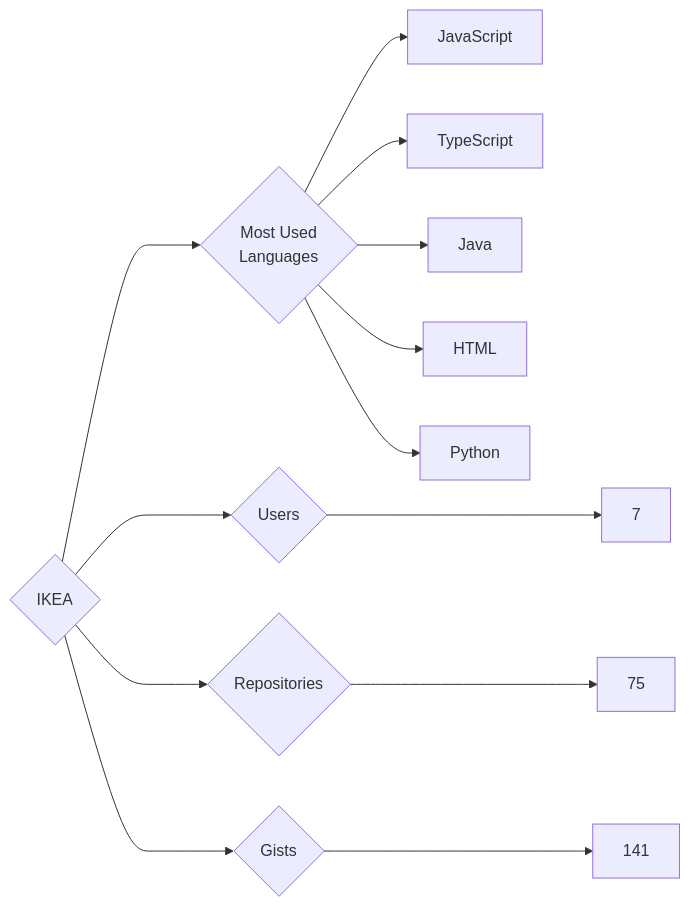
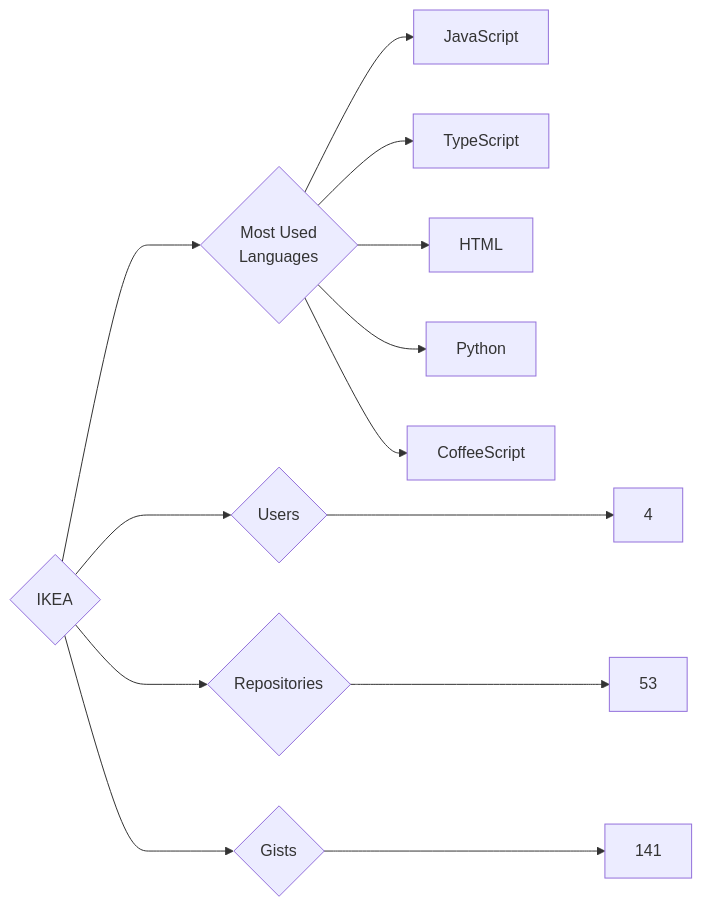
Before and after one commit to trickest/insiders: the diagram in targets/IKEA/README.md, drawn with Mermaid. The commit also changed 860 other files, not shown here.

````diff
--- a/targets/IKEA/README.md
+++ b/targets/IKEA/README.md
@@ -3,13 +3,13 @@
 ```mermaid
 graph LR
 COMPANY_NAME{IKEA}
-COMPANY_NAME ---> U{Users} ---> UN[7]
-COMPANY_NAME ---> R{Repositories} ---> RN[75]
+COMPANY_NAME ---> U{Users} ---> UN[4]
+COMPANY_NAME ---> R{Repositories} ---> RN[53]
 COMPANY_NAME ---> G{Gists} ---> GN[141]
 COMPANY_NAME ---> ML{Most Used<br>Languages}
 ML --> JavaScript[JavaScript]
 ML --> TypeScript[TypeScript]
-ML --> Java[Java]
 ML --> HTML[HTML]
 ML --> Python[Python]
+ML --> CoffeeScript[CoffeeScript]
 ```
````
